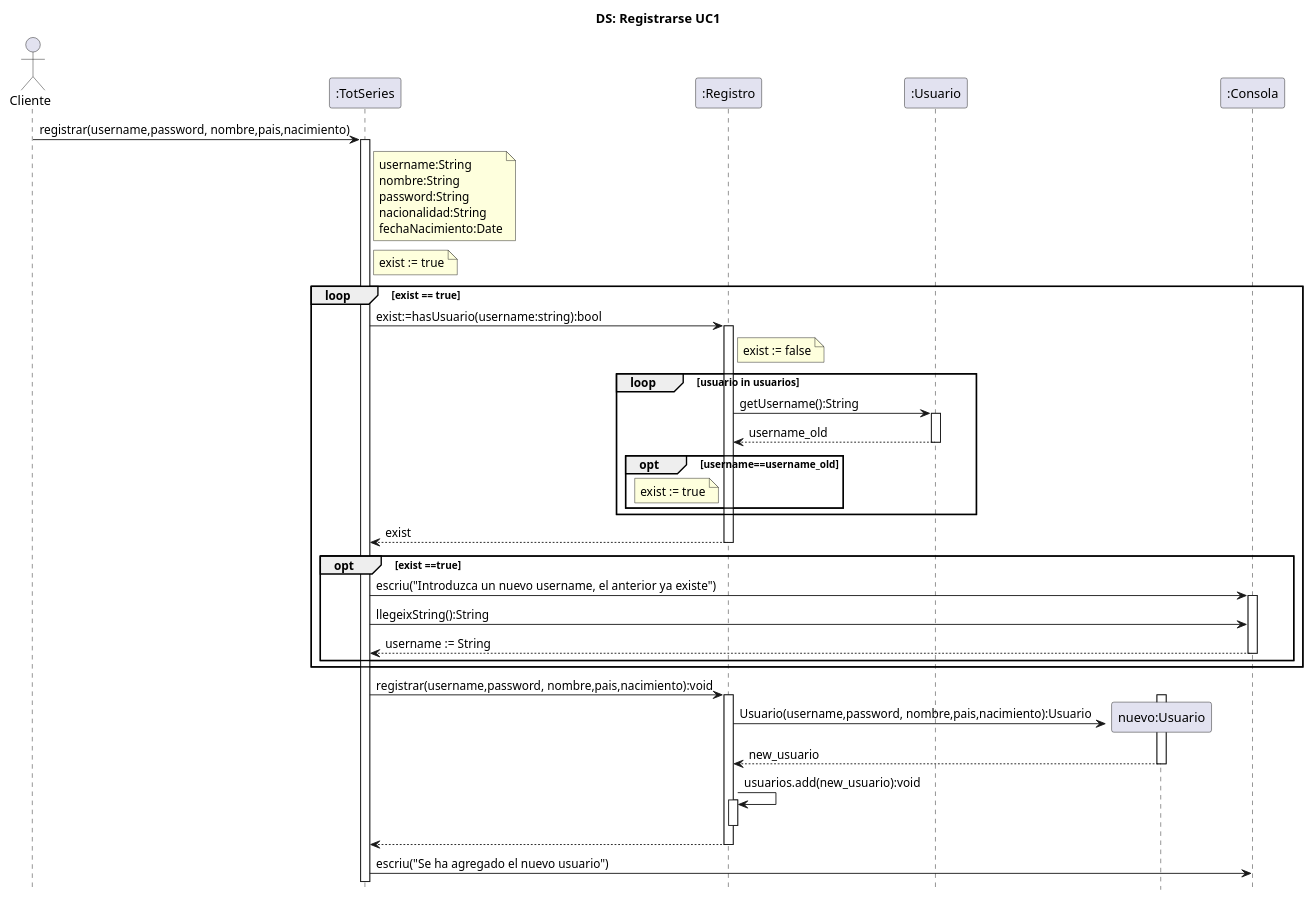
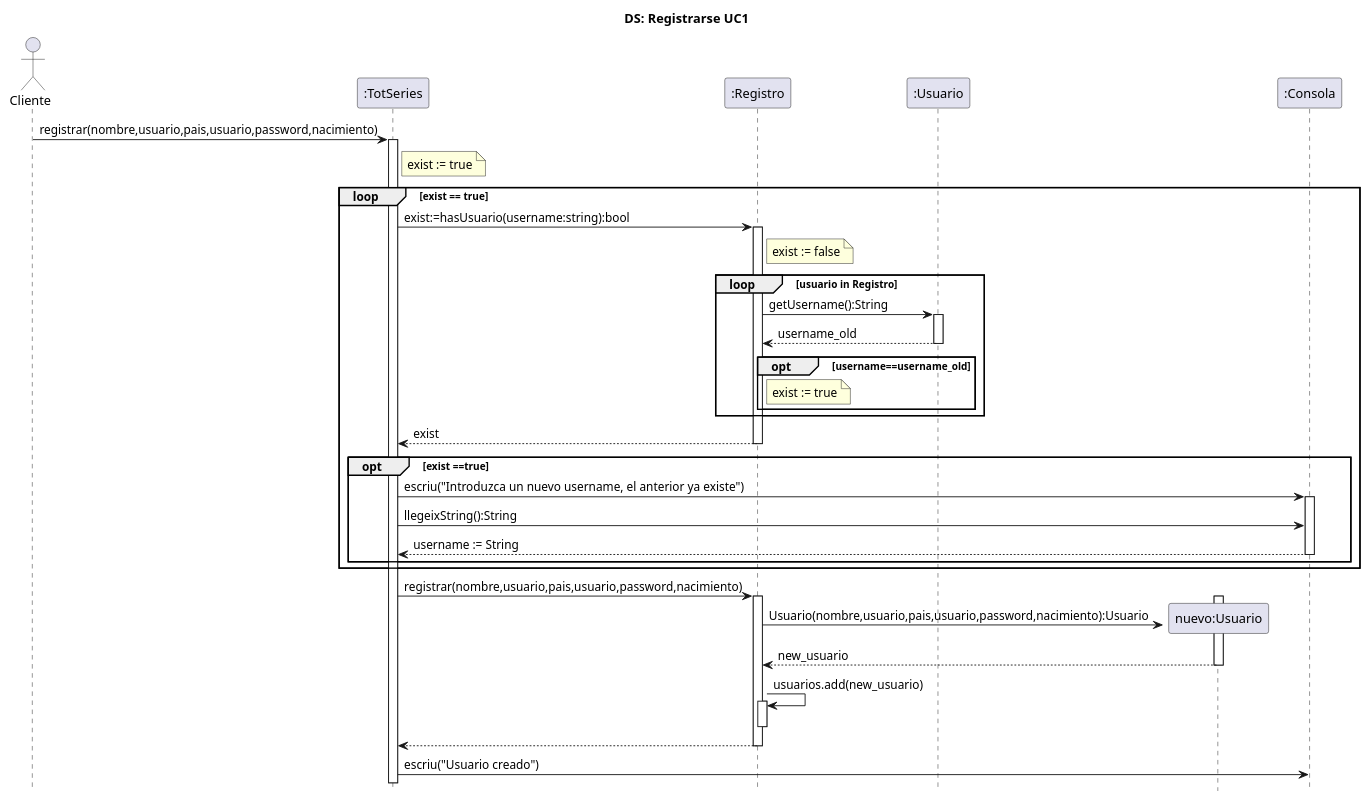
The diagram in src/totseries/Uml/Secuencia/Diagrama de Secuencia Uc1.puml (MrViciao/TotSeries), drawn with PlantUML before and after one commit.

Commit message:
Update Diagrama de Secuencia Uc1.puml

```diff
--- a/src/totseries/Uml/Secuencia/Diagrama de Secuencia Uc1.puml
+++ b/src/totseries/Uml/Secuencia/Diagrama de Secuencia Uc1.puml
@@ -1,71 +1,63 @@
 @startuml
 title	DS: Registrarse UC1
 hide	footbox
 
 actor Cliente
 participant ":TotSeries" as TotSeries
 participant ":Registro" as Registro
 participant ":Usuario" as Usuario
 
 participant "nuevo:Usuario" as nUsuario
 participant ":Consola" as Consola
 
-Cliente	-> TotSeries:registrar(username,password, nombre,pais,nacimiento)
+Cliente	-> TotSeries:registrar(nombre,usuario,pais,usuario,password,nacimiento)
 activate TotSeries
-
-note right TotSeries
-    username:String
-    nombre:String
-    password:String
-    nacionalidad:String
-    fechaNacimiento:Date
-end note
 
 note right TotSeries
         exist := true
     end note
 
 loop  exist == true
     TotSeries -> Registro:exist:=hasUsuario(username:string):bool
     activate Registro
     note right Registro
         exist := false
     end note
 
-    loop usuario in usuarios
+    loop usuario in Registro
         Registro -> Usuario:getUsername():String
         activate Usuario
         Usuario  --> Registro:username_old
         deactivate Usuario
         opt username==username_old
-            note left Registro
+            note right Registro
                 exist := true
             end note
         end opt
     end loop
 
     Registro-->TotSeries:exist
     deactivate Registro
     opt exist ==true
         TotSeries -> Consola:escriu("Introduzca un nuevo username, el anterior ya existe")
         activate Consola
         TotSeries -> Consola:llegeixString():String
         Consola --> TotSeries:username := String
         deactivate Consola
     end opt
 end loop
 
-TotSeries -> Registro:registrar(username,password, nombre,pais,nacimiento):void
+TotSeries -> Registro:registrar(nombre,usuario,pais,usuario,password,nacimiento)
 activate Registro
 create nUsuario
 activate nUsuario
-Registro -> nUsuario:Usuario(username,password, nombre,pais,nacimiento):Usuario
+Registro -> nUsuario:Usuario(nombre,usuario,pais,usuario,password,nacimiento):Usuario
 nUsuario --> Registro: new_usuario
 deactivate nUsuario
-Registro -> Registro: usuarios.add(new_usuario):void
+Registro -> Registro: usuarios.add(new_usuario)
 activate Registro
 deactivate Registro
 Registro --> TotSeries
 deactivate Registro
-TotSeries->"Consola":escriu("Se ha agregado el nuevo usuario")
+TotSeries->"Consola":escriu("Usuario creado")
 @enduml
```
